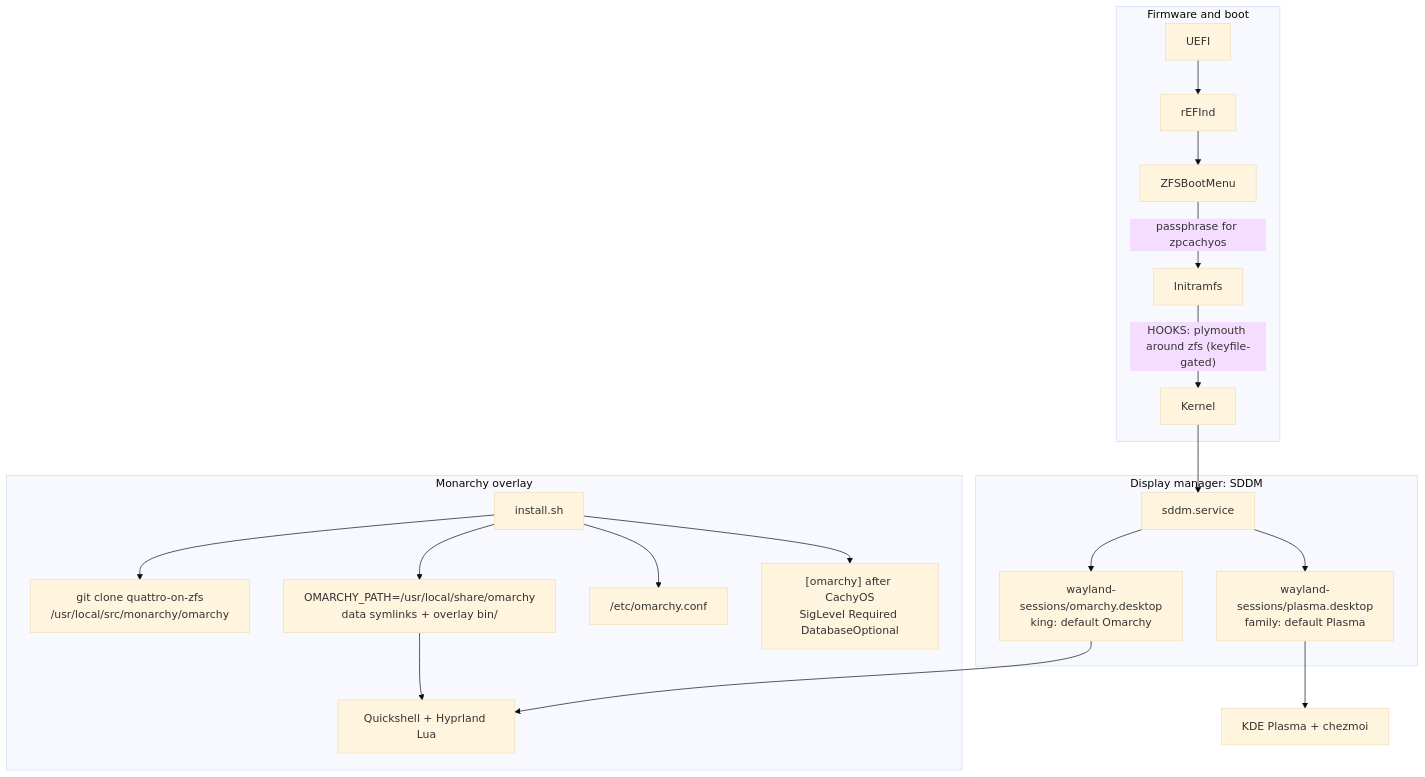
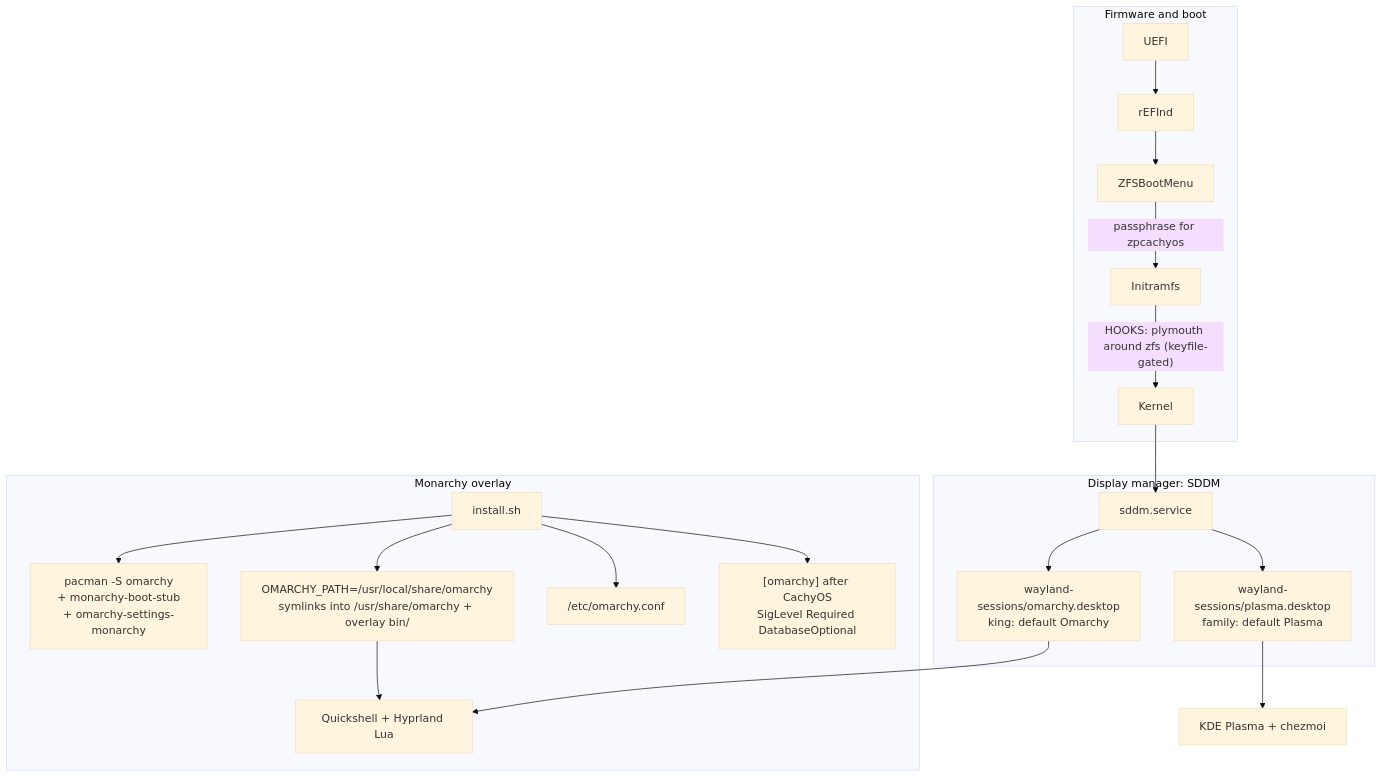
The first of 2 diagrams in docs/monarchy.md (dieuwedeboer/dotfiles), drawn with Mermaid (base theme) before and after one commit. The commit also changed other lines of this file and 34 other files, not shown here.

````diff
--- a/docs/monarchy.md
+++ b/docs/monarchy.md
@@ -27,31 +31,31 @@
 ```mermaid
 flowchart TB
   subgraph boot [Firmware and boot]
     UEFI --> rEFInd
     rEFInd --> ZBM[ZFSBootMenu]
     ZBM -->|"passphrase for zpcachyos"| Initramfs
     Initramfs -->|"HOOKS: plymouth around zfs (keyfile-gated)"| Kernel
   end
 
   subgraph dm [Display manager: SDDM]
     Kernel --> SDDM[sddm.service]
     SDDM --> PlasmaSession["wayland-sessions/plasma.desktop<br/>family: default Plasma"]
     SDDM --> OmarchySession["wayland-sessions/omarchy.desktop<br/>king: default Omarchy"]
   end
 
   subgraph overlay [Monarchy overlay]
     Bridge["install.sh"]
-    Clone["git clone quattro-on-zfs<br/>/usr/local/src/monarchy/omarchy"]
-    Work["OMARCHY_PATH=/usr/local/share/omarchy<br/>data symlinks + overlay bin/"]
+    Pkgs["pacman -S omarchy<br/>+ monarchy-boot-stub<br/>+ omarchy-settings-monarchy"]
+    Work["OMARCHY_PATH=/usr/local/share/omarchy<br/>symlinks into /usr/share/omarchy + overlay bin/"]
     Conf["/etc/omarchy.conf"]
     Repo["[omarchy] after CachyOS<br/>SigLevel Required DatabaseOptional"]
-    Bridge --> Clone
+    Bridge --> Pkgs
     Bridge --> Work
     Bridge --> Conf
     Bridge --> Repo
     OmarchySession --> QS[Quickshell + Hyprland Lua]
     Work --> QS
   end
 
   PlasmaSession --> KDE[KDE Plasma + chezmoi]
 ```
````
